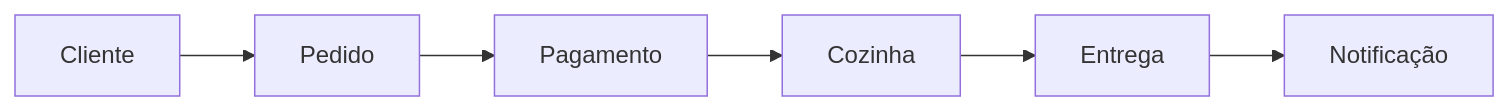
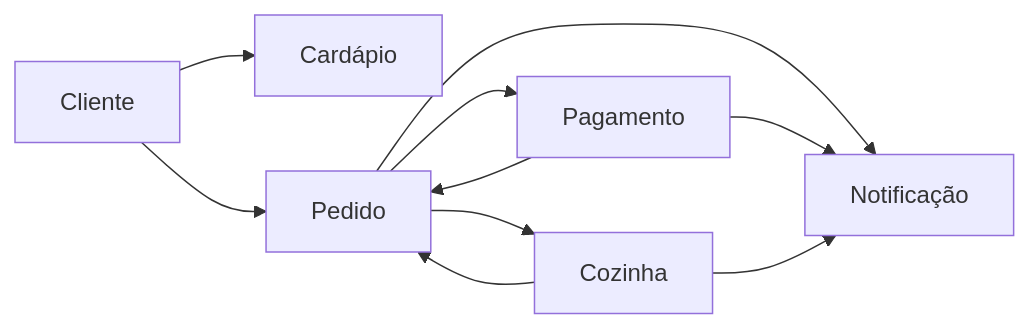
One commit to 11soat-f3-lanches-caieiras/lncr-database changed the diagram in docs/README.md. Above: the diagram before and after it, drawn with Mermaid.

Commit message:
doc: Push de documentação no README.md

````diff
--- a/docs/README.md
+++ b/docs/README.md
@@ -70,8 +70,14 @@
 ```mermaid
 graph LR
-    A[Cliente] --> B[Pedido]
+
+    A[Cliente] --> FI[Cardápio]
+    A --> B[Pedido]
     B --> C[Pagamento]
-    C --> D[Cozinha]
-    D --> E[Entrega]
-    E --> F[Notificação]
+    C --> B
+    B --> D[Cozinha]
+    D --> B[Pedido]                       
+    B --> F[Notificação]
+    C --> F[Notificação]
+    D --> F[Notificação] 
+
 ```
````
